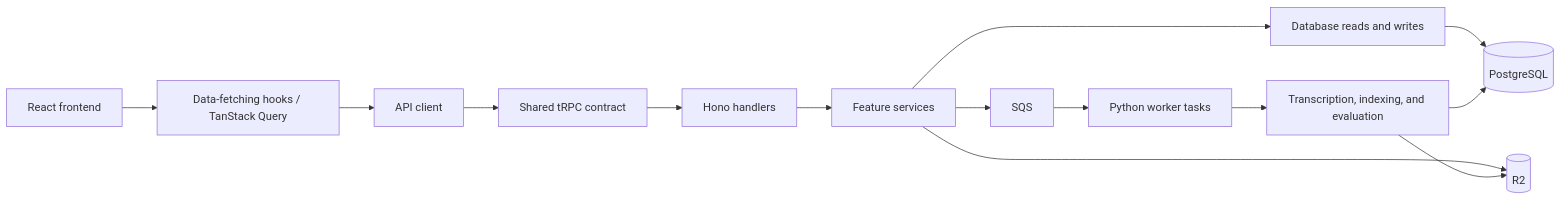
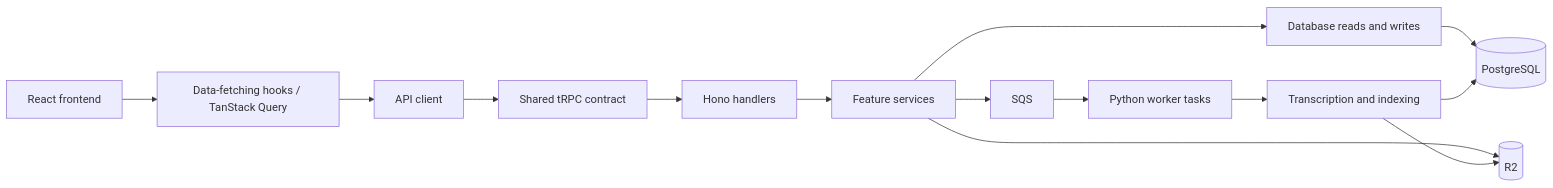
One commit to yukiharada1228/videoq changed the first of 3 diagrams in docs/design/component-diagram.md. Above: the diagram before and after it, drawn with Mermaid. The commit also changed other lines of this file and 121 other files, not shown here.

````diff
--- a/docs/design/component-diagram.md
+++ b/docs/design/component-diagram.md
@@ -11,16 +11,16 @@
 ```mermaid
 flowchart LR
     UI[React frontend] --> Hooks[Data-fetching hooks / TanStack Query]
     Hooks --> Client[API client]
     Client --> Contract[Shared tRPC contract]
     Contract --> Adapter[Hono handlers]
     Adapter --> Services[Feature services]
     Services --> Repositories[Database reads and writes]
     Repositories --> DB[(PostgreSQL)]
     Services --> R2[(R2)]
     Services --> SQS[SQS]
     SQS --> Tasks[Python worker tasks]
-    Tasks --> Pipelines[Transcription, indexing, and evaluation]
+    Tasks --> Pipelines[Transcription and indexing]
     Pipelines --> DB
     Pipelines --> R2
 ```
````
